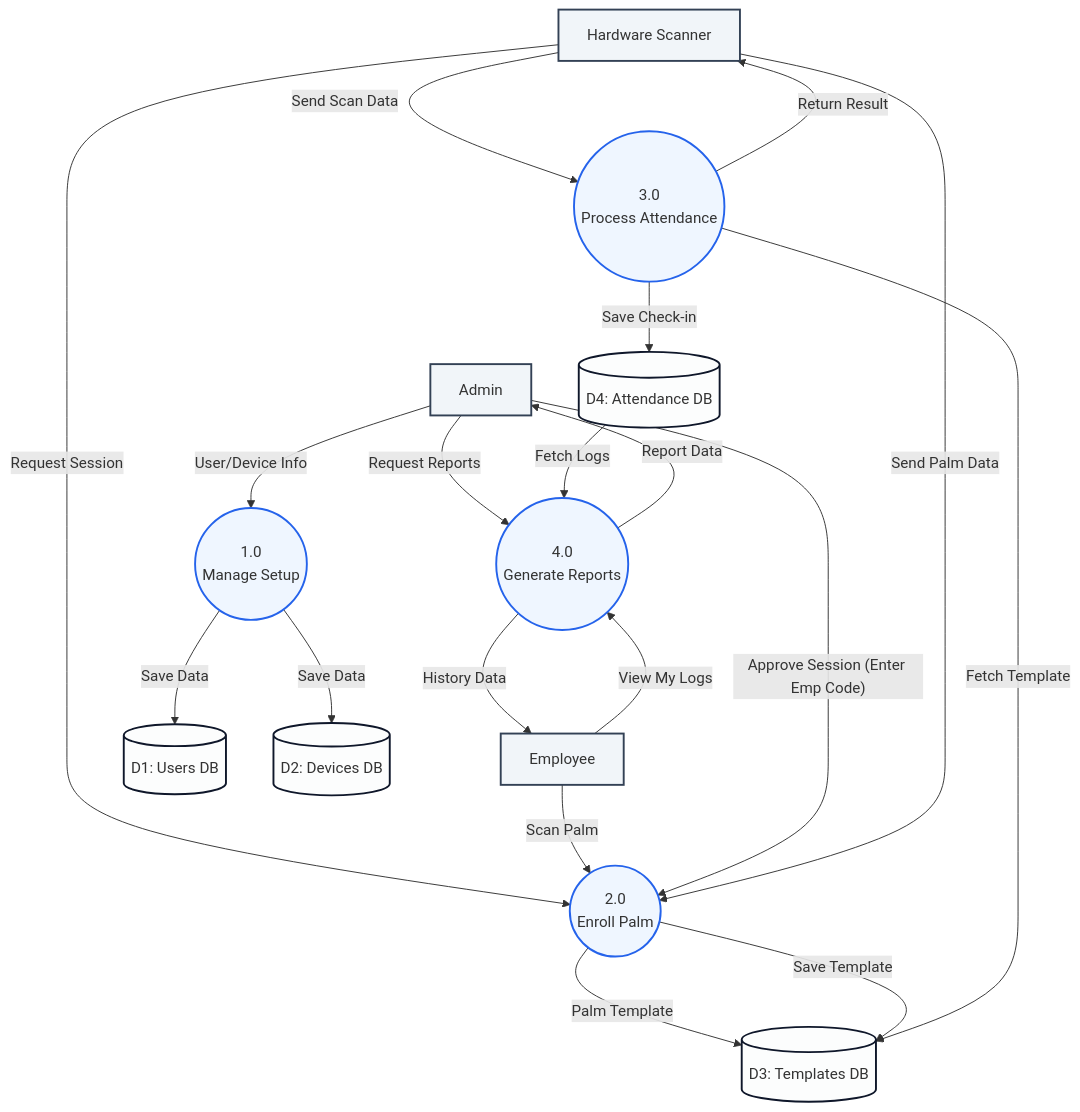
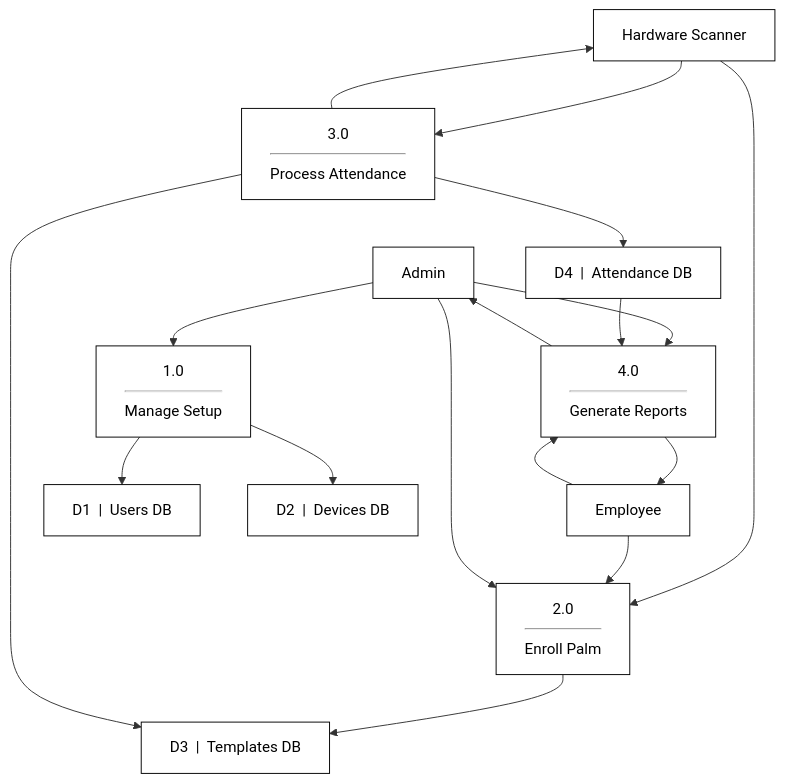
Before and after one commit to Touy2004/palm-back-end: the fifth of 13 diagrams in USER_MANUAL.md, drawn with Mermaid. The commit also changed other lines of this file and 6 other files, not shown here.

Commit message:
refactor: remove thermal data fields from service models and documentation and update system diagrams

````diff
--- a/USER_MANUAL.md
+++ b/USER_MANUAL.md
@@ -297,50 +302,45 @@
 ```mermaid
 flowchart TD
     %% External Entities
     Admin[Admin]:::entity
     Employee[Employee]:::entity
     Device[Hardware Scanner]:::entity
 
     %% Processes
-    P1((1.0<br/>Manage Setup)):::process
-    P2((2.0<br/>Enroll Palm)):::process
-    P3((3.0<br/>Process Attendance)):::process
-    P4((4.0<br/>Generate Reports)):::process
+    P1["1.0<hr/>Manage Setup"]:::process
+    P2["2.0<hr/>Enroll Palm"]:::process
+    P3["3.0<hr/>Process Attendance"]:::process
+    P4["4.0<hr/>Generate Reports"]:::process
 
     %% Data Stores
-    D1[(D1: Users DB)]:::datastore
-    D2[(D2: Devices DB)]:::datastore
-    D3[(D3: Templates DB)]:::datastore
-    D4[(D4: Attendance DB)]:::datastore
+    D1["D1 &nbsp;|&nbsp; Users DB"]:::datastore
+    D2["D2 &nbsp;|&nbsp; Devices DB"]:::datastore
+    D3["D3 &nbsp;|&nbsp; Templates DB"]:::datastore
+    D4["D4 &nbsp;|&nbsp; Attendance DB"]:::datastore
 
-    %% Admin Setup Flows
-    Admin -- "User/Device Info" --> P1
-    P1 -- "Save Data" --> D1
-    P1 -- "Save Data" --> D2
+    %% Flows
+    Admin --> P1
+    P1 --> D1
+    P1 --> D2
 
-    %% Palm Enrollment Flows
-    Device -- "Request Session" --> P2
-    Employee -- "Scan Palm" --> P2
-    Admin -- "Approve Session (Enter Emp Code)" --> P2
-    P2 -- "Palm Template" --> D3
-    P2 -- "Save Template" --> D3
-    Device -- "Send Palm Data" --> P2
+    Device --> P2
+    Employee --> P2
+    Admin --> P2
+    P2 --> D3
 
-    %% Attendance Processing Flows
-    Device -- "Send Scan Data" --> P3
-    P3 -- "Fetch Template" --> D3
-    P3 -- "Save Check-in" --> D4
-    P3 -- "Return Result" --> Device
+    Device --> P3
+    P3 --> D3
+    P3 --> D4
+    P3 --> Device
 
-    %% Reporting Flows
-    Admin -- "Request Reports" --> P4
-    Employee -- "View My Logs" --> P4
-    D4 -- "Fetch Logs" --> P4
-    P4 -- "Report Data" --> Admin
-    P4 -- "History Data" --> Employee
+    Admin --> P4
+    Employee --> P4
+    D4 --> P4
+    P4 --> Admin
+    P4 --> Employee
 
     %% Styling
-    classDef entity fill:#f1f5f9,stroke:#334155,stroke-width:2px,shape:rect
-    classDef process fill:#eff6ff,stroke:#2563eb,stroke-width:2px,shape:circle
-    classDef datastore fill:#fcfdfd,stroke:#0f172a,stroke-width:2px,shape:cylinder
+    classDef entity fill:#fff,stroke:#000,stroke-width:1px,shape:rect,color:#000
+    classDef process fill:#fff,stroke:#000,stroke-width:1px,shape:rect,color:#000
+    classDef datastore fill:#fff,stroke:#000,stroke-width:1px,shape:rect,color:#000
 ```
````
